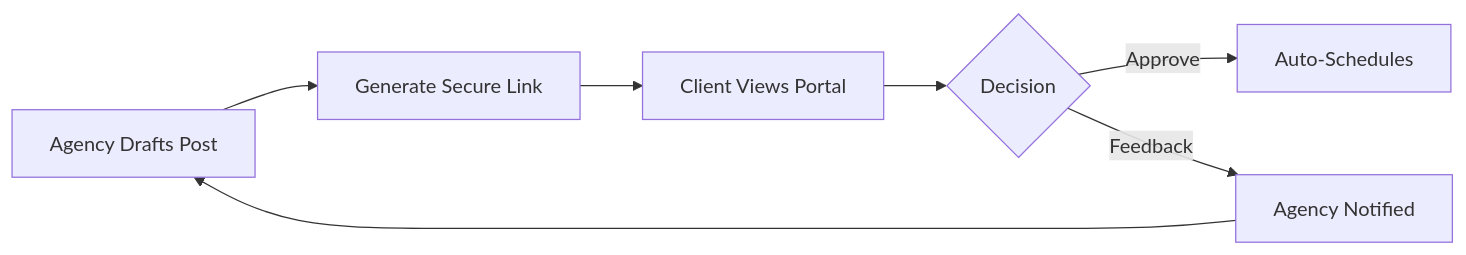
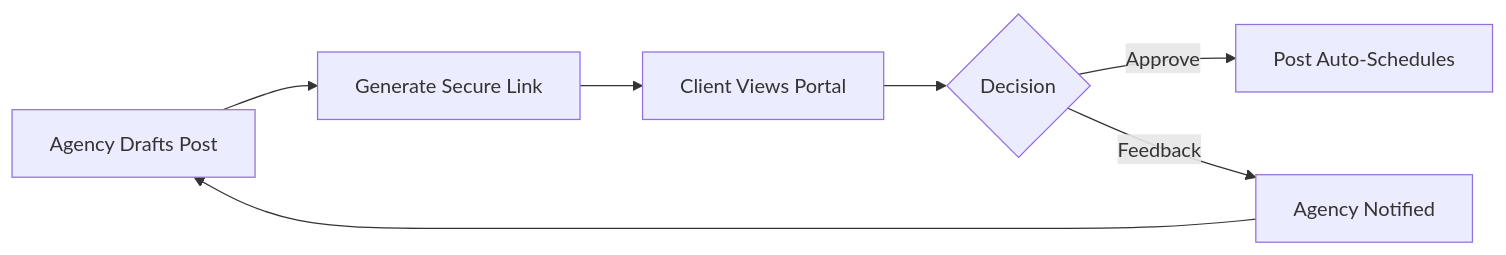
The diagram in docs/05_Scheduler.md (ArtradePro/Socialpulse-1), drawn with Mermaid before and after one commit. The commit also changed other lines of this file and 26 other files, not shown here.

````diff
--- a/docs/05_Scheduler.md
+++ b/docs/05_Scheduler.md
@@ -26,9 +25,9 @@
 ```mermaid
 graph LR
     A[Agency Drafts Post] --> B[Generate Secure Link]
     B --> C[Client Views Portal]
     C --> D{Decision}
-    D -- Approve --> E[Auto-Schedules]
+    D -- Approve --> E[Post Auto-Schedules]
     D -- Feedback --> F[Agency Notified]
     F --> A
 ```
````
